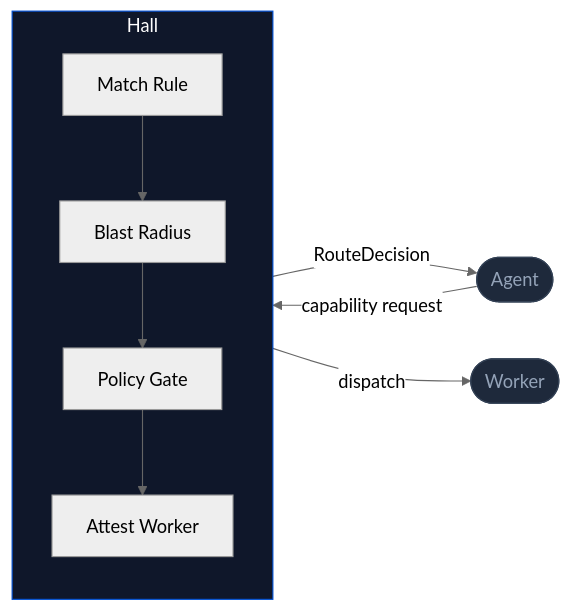
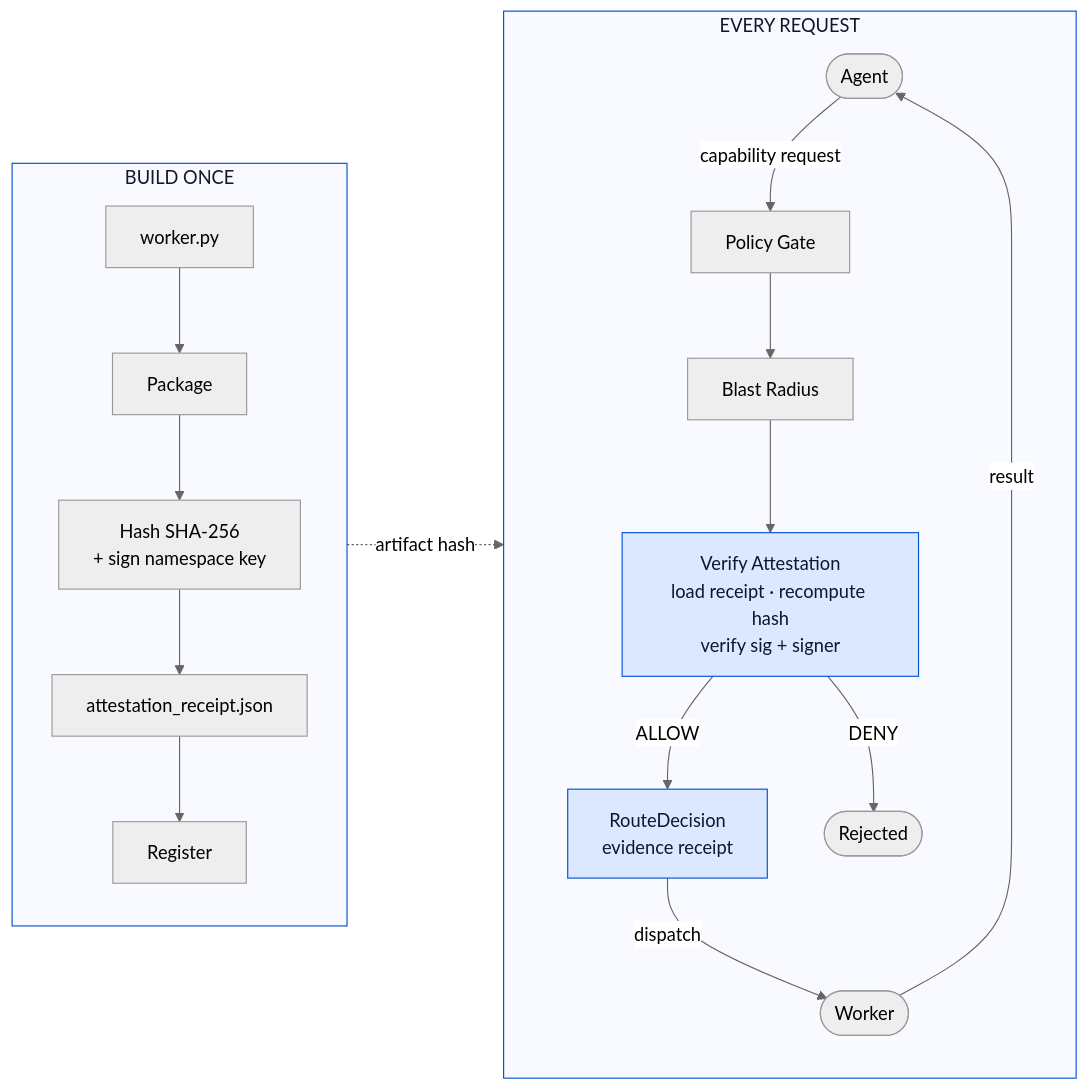
Before and after one commit to pyhall/.github: the diagram in profile/README.md, drawn with Mermaid (neutral theme). The commit also changed other lines of this file, not shown here.

Commit message:
docs: expand How It Works diagram with full WCP attestation lifecycle
Shows both phases: BUILD ONCE (write→package→hash+sign→receipt→register)
and EVERY REQUEST (Policy Gate→Blast Radius→Verify→RouteDecision→Worker).
Artifact hash flows from attestation_receipt.json to runtime verify step.

````diff
--- a/profile/README.md
+++ b/profile/README.md
@@ -30,18 +32,28 @@
 ```mermaid
 flowchart LR
-    A([Agent]) -- capability request --> H
-
-    subgraph H ["  Hall  "]
+    subgraph BUILD ["  BUILD ONCE  "]
         direction TB
-        B[Match Rule] --> C[Blast Radius]
-        C --> D[Policy Gate]
-        D --> E[Attest Worker]
+        B1["worker.py"] --> B2["Package"]
+        B2 --> B3["Hash SHA-256\n+ sign namespace key"]
+        B3 --> B4["attestation_receipt.json"]
+        B4 --> B5["Register"]
     end
 
-    H -- RouteDecision --> A
-    H -- dispatch --> W([Worker])
+    subgraph RUN ["  EVERY REQUEST  "]
+        direction TB
+        AG(["Agent"]) -->|"capability request"| PG["Policy Gate"]
+        PG --> BR["Blast Radius"]
+        BR --> VER["Verify Attestation\nload receipt · recompute hash\nverify sig + signer"]
+        VER -->|"ALLOW"| RD["RouteDecision\nevidence receipt"]
+        VER -->|"DENY"| REJ(["Rejected"])
+        RD -->|"dispatch"| WK(["Worker"])
+        WK -->|"result"| AG
+    end
 
-    style H fill:#0f172a,stroke:#0050D4,color:#fff
-    style A fill:#1e293b,stroke:#334155,color:#94a3b8
-    style W fill:#1e293b,stroke:#334155,color:#94a3b8
+    B4 -.->|"artifact hash"| VER
+
+    style BUILD fill:#f8faff,stroke:#0050D4,color:#0f172a
+    style RUN fill:#f8faff,stroke:#0050D4,color:#0f172a
+    style VER fill:#dbe8ff,stroke:#0050D4,color:#0f172a
+    style RD fill:#dbe8ff,stroke:#0050D4,color:#0f172a
 ```
````
